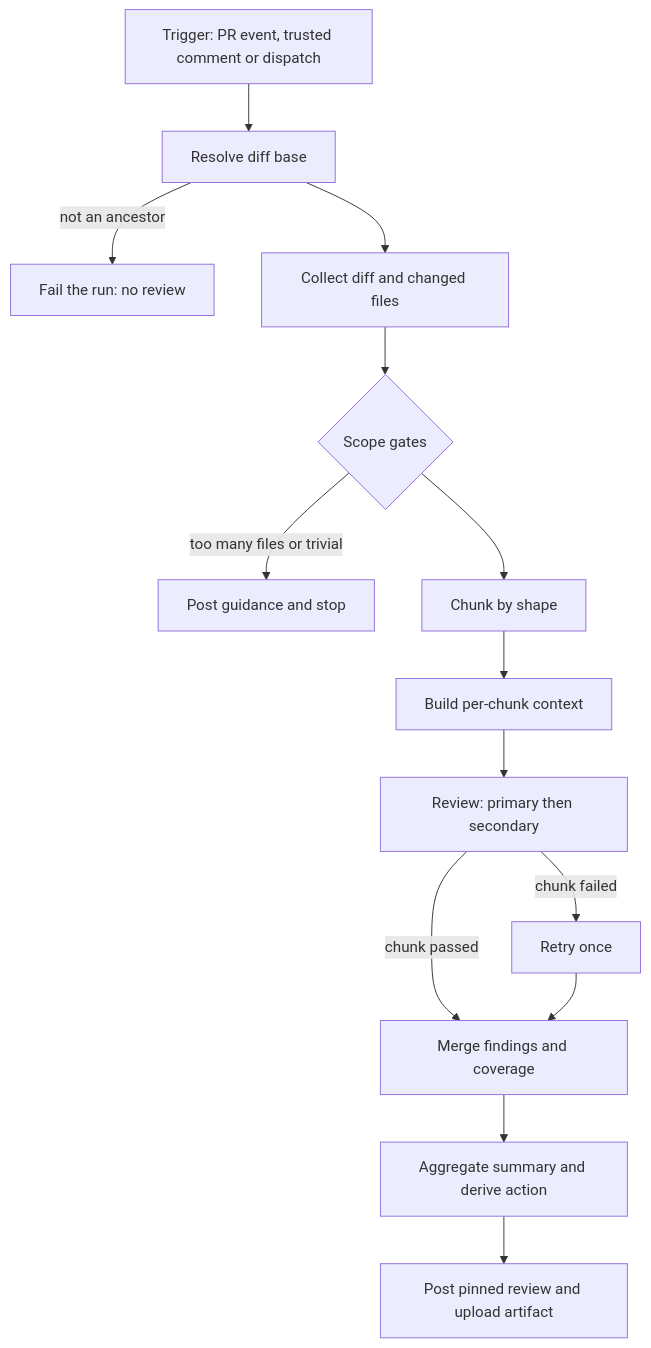
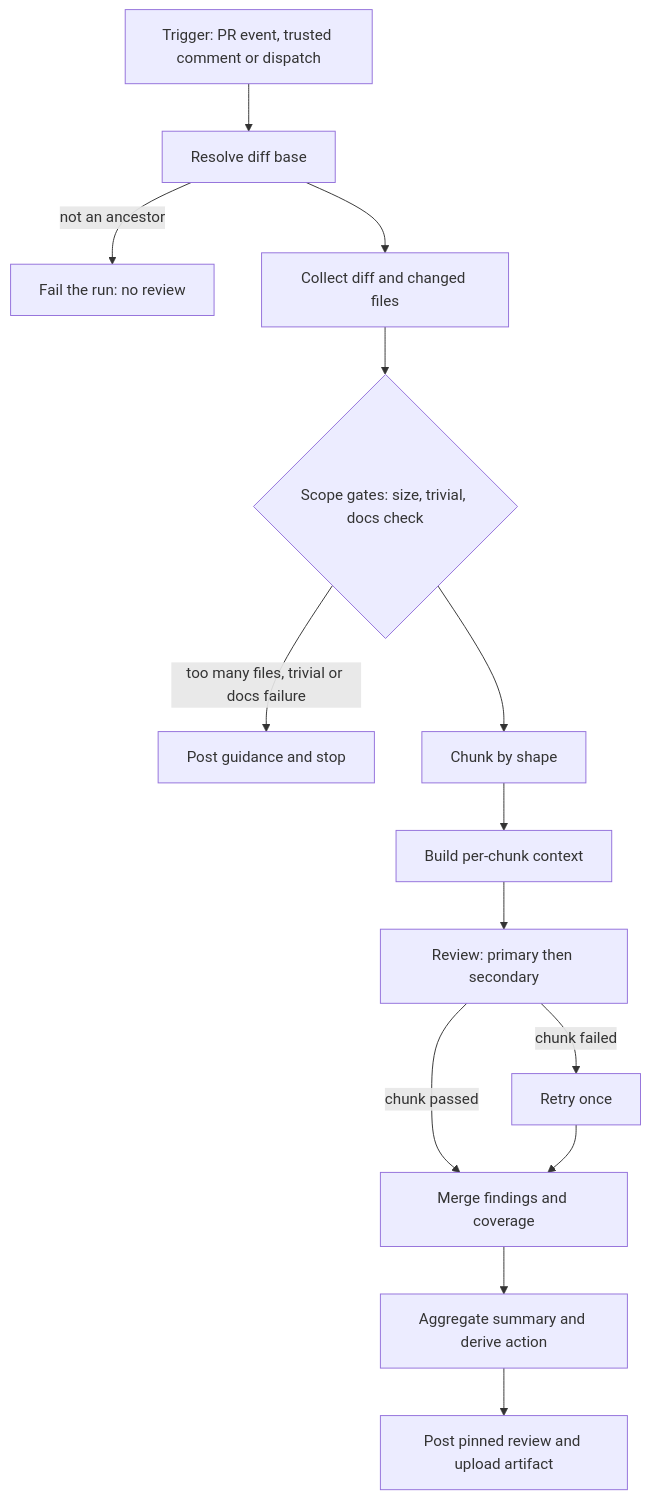
One commit to generic-automation-and-it/smooth-ai-report-review changed the second of 2 diagrams in docs/hlds/001-review-gate-pipeline/diagrams/c4-context.md. Above: the diagram before and after it, drawn with Mermaid. The commit also changed 6 other files, not shown here.

````diff
--- a/docs/hlds/001-review-gate-pipeline/diagrams/c4-context.md
+++ b/docs/hlds/001-review-gate-pipeline/diagrams/c4-context.md
@@ -29,16 +29,16 @@
 ```mermaid
 flowchart TD
     T[Trigger: PR event, trusted comment or dispatch] --> B[Resolve diff base]
     B -->|not an ancestor| F[Fail the run: no review]
     B --> D[Collect diff and changed files]
-    D --> G{Scope gates}
-    G -->|too many files or trivial| S[Post guidance and stop]
+    D --> G{Scope gates: size, trivial, docs check}
+    G -->|too many files, trivial or docs failure| S[Post guidance and stop]
     G --> C[Chunk by shape]
     C --> X[Build per-chunk context]
     X --> R[Review: primary then secondary]
     R -->|chunk passed| M[Merge findings and coverage]
     R -->|chunk failed| Y[Retry once]
     Y --> M
     M --> A[Aggregate summary and derive action]
     A --> P[Post pinned review and upload artifact]
 ```
````
